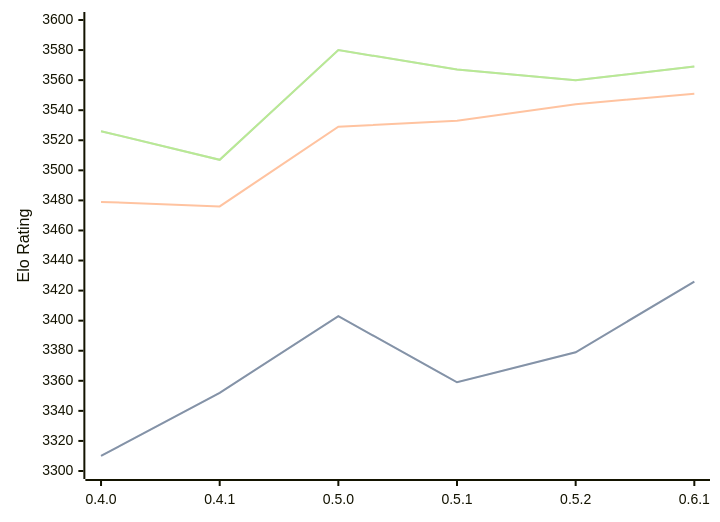
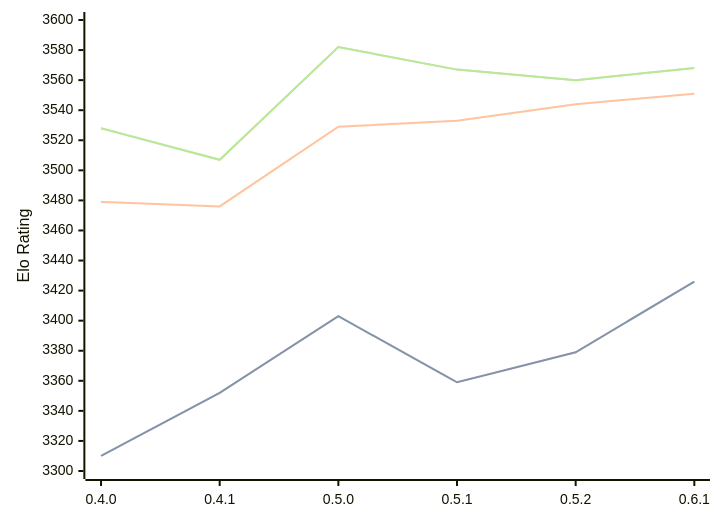
Before and after one commit to computer-chess-index/cci: the diagram in engines/Cinder.md, drawn with Mermaid. The commit also changed other lines of this file, not shown here.

Commit message:
Update CCI Ratings (ELO VLTC) - 2026-08-28

````diff
--- a/engines/Cinder.md
+++ b/engines/Cinder.md
@@ -37,11 +37,11 @@
 ```mermaid
 %%{init: {"theme":"base","themeVariables":{"seriesColors:['#a3a3a3','#222221','#faa371']}}}%%
 xychart-beta
   x-axis ["0.4.0", "0.4.1", "0.5.0", "0.5.1", "0.5.2", "0.6.1"]
   y-axis "Elo Rating" 3300 --> 3600
   line "" [3310, 3352, 3403, 3359, 3379, 3426]
   line "STC (8.0+0.08s)" [3310, 3352, 3403, 3359, 3379, 3426]
   line "LTC (60.0+0.60s)" [3479, 3476, 3529, 3533, 3544, 3551]
-  line "" [3526, 3507, 3580, 3567, 3560, 3569]
-  line "VLTC (2m24s+1.12s)" [3526, 3507, 3580, 3567, 3560, 3569]
+  line "" [3528, 3507, 3582, 3567, 3560, 3568]
+  line "VLTC (2m24s+1.12s)" [3528, 3507, 3582, 3567, 3560, 3568]
 ```
````
